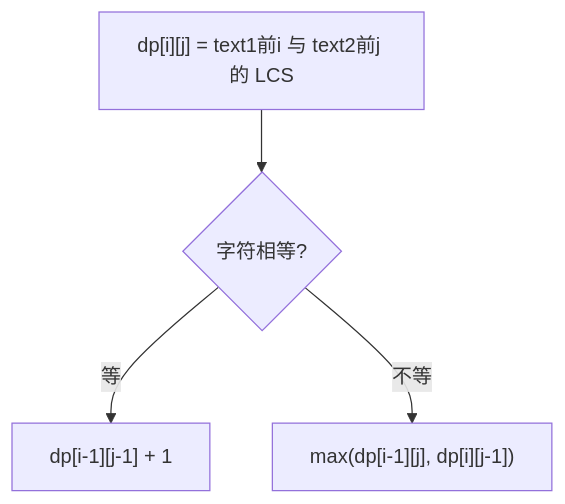
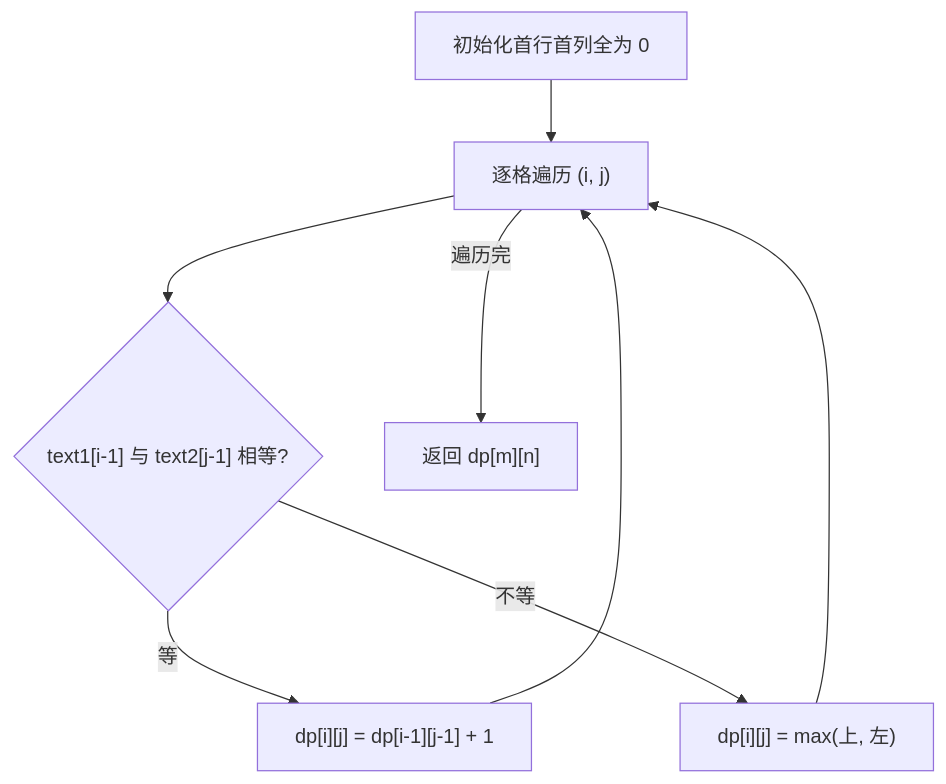
One commit to OctalZero/hot100-py changed the first of 2 diagrams in 17-多维动态规划/1143-最长公共子序列.md. Above: the diagram before and after it, drawn with Mermaid. The commit also changed other lines of this file and 117 other files, not shown here.

First line of the commit message:
feat: 全题解配图升级为「动画式 mermaid」（总览骨架 + 横向时间线逐步推演）

````diff
--- a/17-多维动态规划/1143-最长公共子序列.md
+++ b/17-多维动态规划/1143-最长公共子序列.md
@@ -24,6 +24,10 @@
 ```mermaid
 flowchart TD
-    A["dp[i][j] = text1前i 与 text2前j 的 LCS"] --> B{"字符相等?"}
-    B -- "等" --> C["dp[i-1][j-1] + 1"]
-    B -- "不等" --> D["max(dp[i-1][j], dp[i][j-1])"]
+    A["初始化首行首列全为 0"] --> B["逐格遍历 (i, j)"]
+    B --> C{"text1[i-1] 与 text2[j-1] 相等?"}
+    C -->|"等"| D["dp[i][j] = dp[i-1][j-1] + 1"]
+    C -->|"不等"| E["dp[i][j] = max(上, 左)"]
+    D --> B
+    E --> B
+    B -->|"遍历完"| F["返回 dp[m][n]"]
 ```
````
